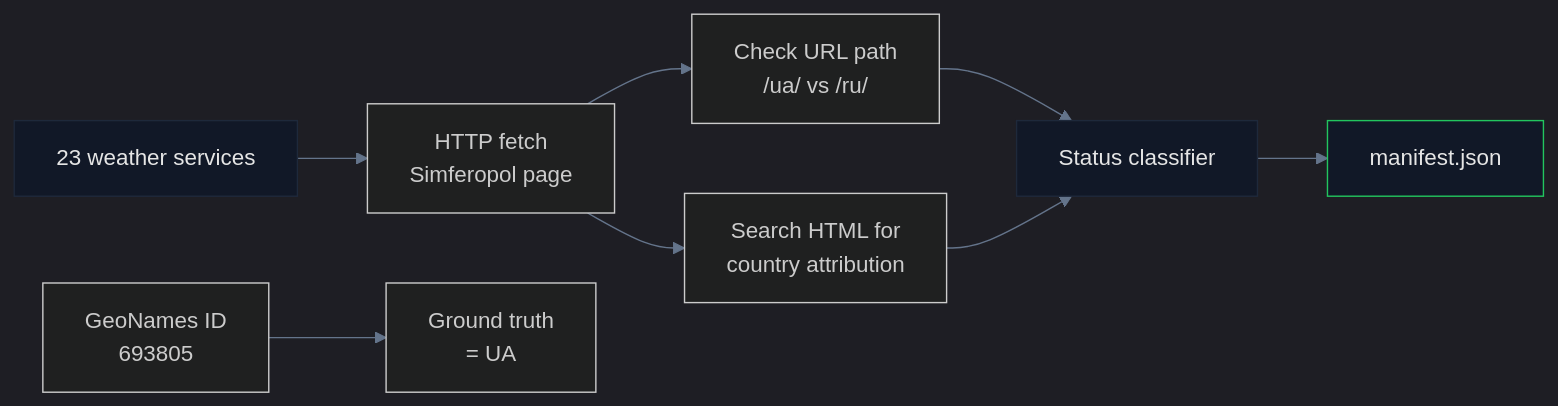
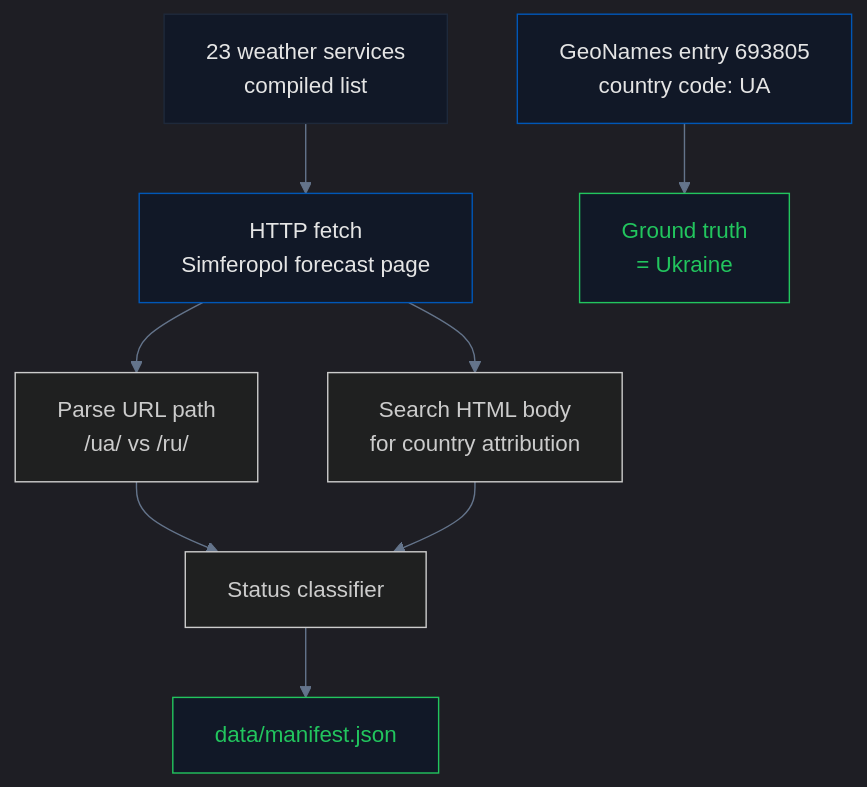
The diagram in pipelines/weather/README.md (IvanDobrovolsky/crimeaisukraine), drawn with Mermaid before and after one commit. The commit also changed other lines of this file and 6 other files, not shown here.

````diff
--- a/pipelines/weather/README.md
+++ b/pipelines/weather/README.md
@@ -14,15 +39,17 @@
 ```mermaid
-%%{init: {'theme': 'dark', 'themeVariables': {'primaryColor': '#0057b7', 'secondaryColor': '#ffd700', 'primaryTextColor': '#e5e5e5', 'lineColor': '#64748b', 'primaryBorderColor': '#1e293b'}}}%%
-graph LR
-  A["23 weather services"] --> B["HTTP fetch<br/>Simferopol page"]
-  B --> C["Check URL path<br/>/ua/ vs /ru/"]
-  B --> D["Search HTML for<br/>country attribution"]
-  C --> E["Status classifier"]
-  D --> E
-  F["GeoNames ID<br/>693805"] --> G["Ground truth<br/>= UA"]
-  E --> H["manifest.json"]
+%%{init: {'theme': 'dark', 'themeVariables': {'primaryColor': '#0057b7', 'primaryTextColor': '#e5e5e5', 'lineColor': '#64748b', 'primaryBorderColor': '#1e293b'}}}%%
+graph TB
+    A["23 weather services<br/>compiled list"] --> B["HTTP fetch<br/>Simferopol forecast page"]
+    B --> C["Parse URL path<br/>/ua/ vs /ru/"]
+    B --> D["Search HTML body<br/>for country attribution"]
+    C --> E["Status classifier"]
+    D --> E
+    F["GeoNames entry 693805<br/>country code: UA"] --> G["Ground truth<br/>= Ukraine"]
+    E --> H["data/manifest.json"]
 
-  style A fill:#111827,stroke:#1e293b,color:#e5e5e5
-  style E fill:#111827,stroke:#1e293b,color:#e5e5e5
-  style H fill:#111827,stroke:#22c55e,color:#e5e5e5
+    style A fill:#111827,stroke:#1e293b,color:#e5e5e5
+    style B fill:#111827,stroke:#0057b7,color:#e5e5e5
+    style F fill:#111827,stroke:#0057b7,color:#e5e5e5
+    style G fill:#111827,stroke:#22c55e,color:#22c55e
+    style H fill:#111827,stroke:#22c55e,color:#22c55e
 ```
````
